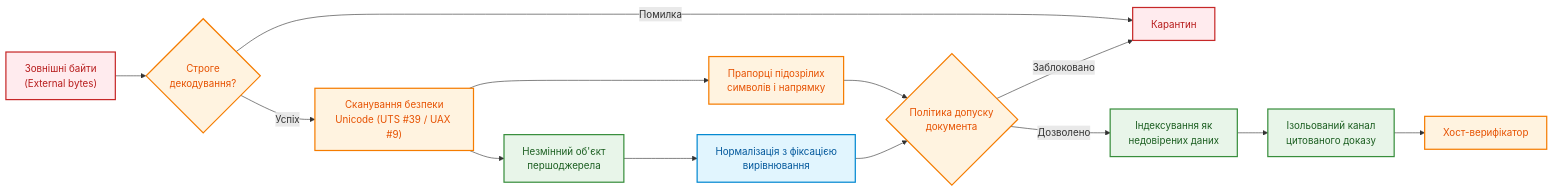
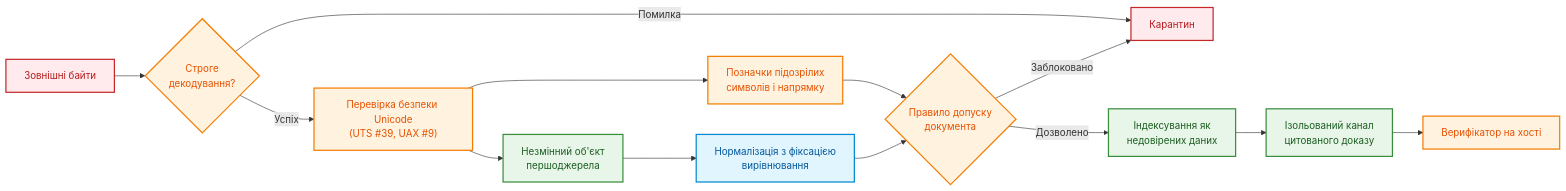
The third of 7 diagrams in ExpertSystem/ch12-linguistic-analysis-and-local-models.md (nick-fedchik/articles), drawn with Mermaid before and after one commit. The commit also changed other lines of this file, not shown here.

````diff
--- a/ExpertSystem/ch12-linguistic-analysis-and-local-models.md
+++ b/ExpertSystem/ch12-linguistic-analysis-and-local-models.md
@@ -142,28 +142,28 @@
 ```mermaid
 flowchart LR
-    accTitle: Контур санітизації тексту та захисту від атак
-    accDescr: Етапи фільтрації вхідних байтів: від строгого декодування до передачі довіреного тексту в захищений канал моделі.
+    accTitle: Очищення тексту й захист від атак
+    accDescr: Етапи фільтрації вхідних байтів від строгого декодування до передачі довіреного тексту в захищений канал моделі.
 
-    IN["Зовнішні байти<br/>(External bytes)"] --> DEC{"Строге<br/>декодування?"}
-    DEC -->|Помилка| QUAR["Карантин"]
-    DEC -->|Успіх| US["Сканування безпеки<br/>Unicode (UTS #39 / UAX #9)"]
+    IN["Зовнішні байти"] --> DEC{"Строге<br/>декодування?"}
+    DEC -->|"Помилка"| QUAR["Карантин"]
+    DEC -->|"Успіх"| US["Перевірка безпеки Unicode<br/>(UTS #39, UAX #9)"]
     US --> RAW["Незмінний об'єкт<br/>першоджерела"]
-    US --> FLAGS["Прапорці підозрілих<br/>символів і напрямку"]
+    US --> FLAGS["Позначки підозрілих<br/>символів і напрямку"]
     RAW --> NORM["Нормалізація з фіксацією<br/>вирівнювання"]
-    FLAGS --> POL{"Політика допуску<br/>документа"}
+    FLAGS --> POL{"Правило допуску<br/>документа"}
     NORM --> POL
-    POL -->|Дозволено| IDX["Індексування як<br/>недовірених даних"]
-    POL -->|Заблоковано| QUAR
+    POL -->|"Дозволено"| IDX["Індексування як<br/>недовірених даних"]
+    POL -->|"Заблоковано"| QUAR
     IDX --> LLM["Ізольований канал<br/>цитованого доказу"]
-    LLM --> HOST["Хост-верифікатор"]
+    LLM --> HOST["Верифікатор на хості"]
 
     classDef ext fill:#ffebee,stroke:#c62828,stroke-width:2px,color:#b71c1c;
     classDef check fill:#fff3e0,stroke:#f57c00,stroke-width:2px,color:#e65100;
     classDef safe fill:#e8f5e9,stroke:#388e3c,stroke-width:2px,color:#1b5e20;
     classDef proc fill:#e1f5fe,stroke:#0288d1,stroke-width:2px,color:#01579b;
 
     class IN,QUAR ext;
     class DEC,US,FLAGS,POL,HOST check;
     class RAW,IDX,LLM safe;
     class NORM proc;
 ```
````
